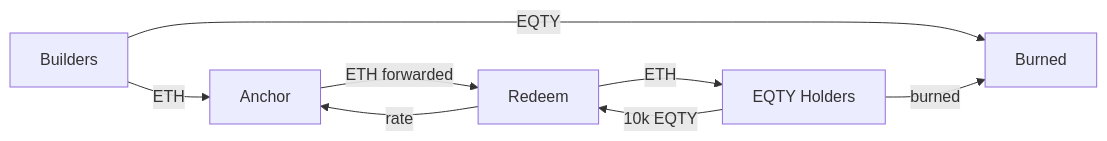
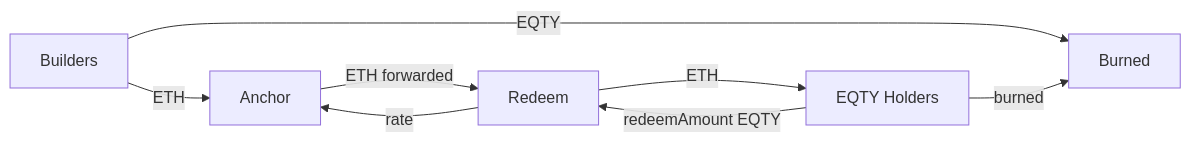
One commit to eqty-dao/eqty-contracts changed the diagram in README.md. Above: the diagram before and after it, drawn with Mermaid. The commit also changed other lines of this file and 8 other files, not shown here.

````diff
--- a/README.md
+++ b/README.md
@@ -44,10 +44,10 @@
 ```mermaid
 graph LR
     A[Builders] -->|ETH| B[Anchor]
     A -->|EQTY| D[Burned]
     B -->|ETH forwarded| C[Redeem]
     C -->|rate| B
-    E[EQTY Holders] -->|10k EQTY| C
+    E[EQTY Holders] -->|redeemAmount EQTY| C
     C -->|ETH| E
     E -->|burned| D
 ```
````
